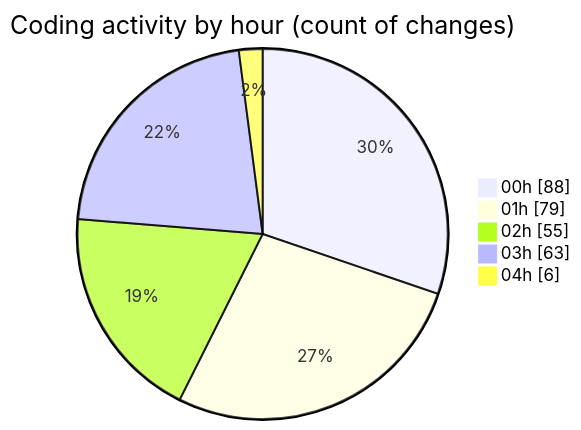
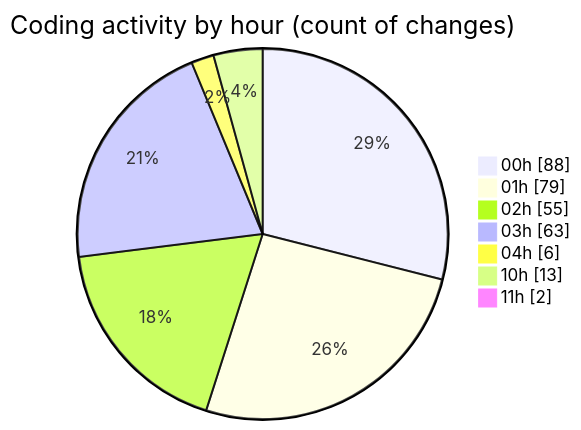
Before and after one commit to lephambinh05/code-tracking: the second of 2 diagrams in 2025-08-16/rentotp/README.md, drawn with Mermaid. The commit also changed other lines of this file and 1 other file, not shown here.

````diff
--- a/2025-08-16/rentotp/README.md
+++ b/2025-08-16/rentotp/README.md
@@ -65,9 +68,11 @@
 ```mermaid
 pie showData
 title Coding activity by hour (count of changes)
 "00h" : 88
 "01h" : 79
 "02h" : 55
 "03h" : 63
 "04h" : 6
+"10h" : 13
+"11h" : 2
 ```
````
